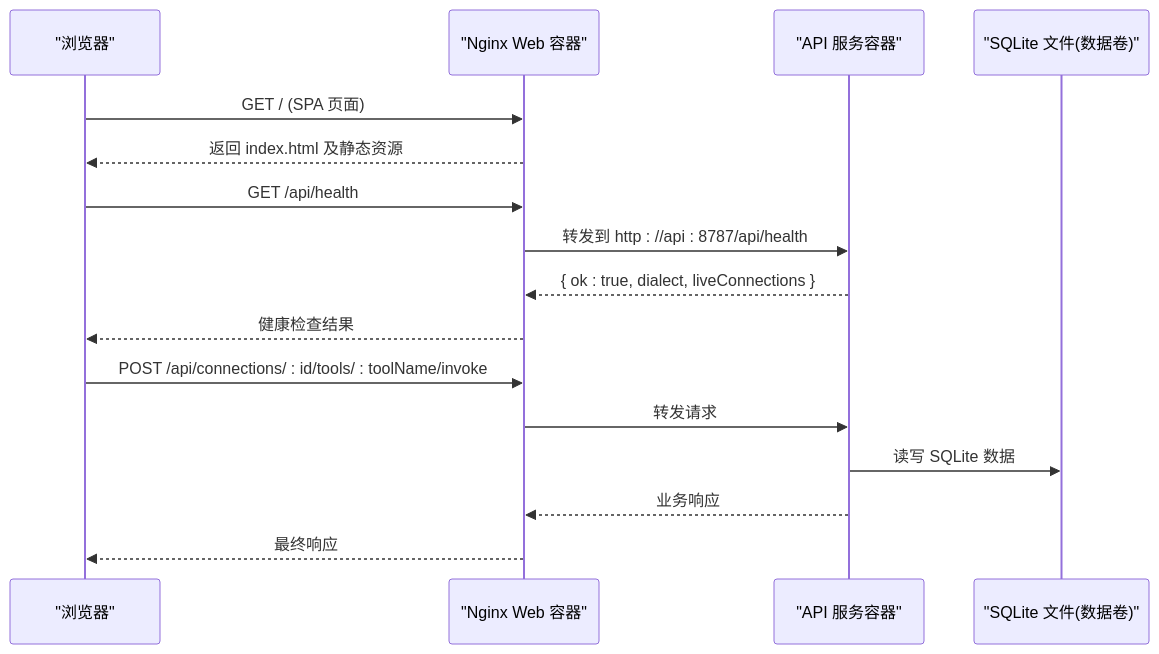
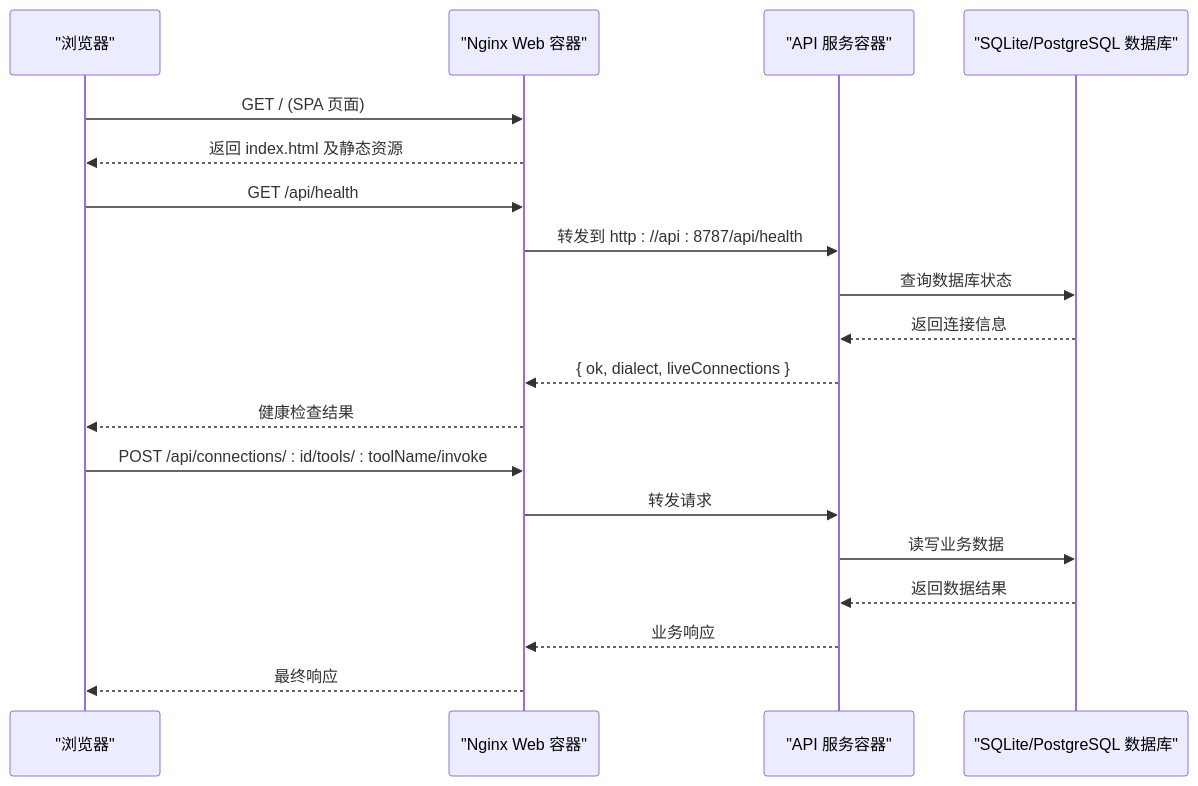
Before and after one commit to tushengtao/mcp-tool-debug: the second of 8 diagrams in .qoder/repowiki/zh/content/部署运维/Docker 部署.md, drawn with Mermaid. The commit also changed other lines of this file and 44 other files, not shown here.

````diff
--- a/.qoder/repowiki/zh/content/部署运维/Docker 部署.md
+++ b/.qoder/repowiki/zh/content/部署运维/Docker 部署.md
@@ -90,18 +105,21 @@
 ```mermaid
 sequenceDiagram
 participant Browser as "浏览器"
 participant Nginx as "Nginx Web 容器"
 participant API as "API 服务容器"
-participant DB as "SQLite 文件(数据卷)"
+participant DB as "SQLite/PostgreSQL 数据库"
 Browser->>Nginx : GET / (SPA 页面)
 Nginx-->>Browser : 返回 index.html 及静态资源
 Browser->>Nginx : GET /api/health
 Nginx->>API : 转发到 http : //api : 8787/api/health
-API-->>Nginx : { ok : true, dialect, liveConnections }
+API->>DB : 查询数据库状态
+DB-->>API : 返回连接信息
+API-->>Nginx : { ok, dialect, liveConnections }
 Nginx-->>Browser : 健康检查结果
 Browser->>Nginx : POST /api/connections/ : id/tools/ : toolName/invoke
 Nginx->>API : 转发请求
-API->>DB : 读写 SQLite 数据
+API->>DB : 读写业务数据
+DB-->>API : 返回数据结果
 API-->>Nginx : 业务响应
 Nginx-->>Browser : 最终响应
 ```
````
